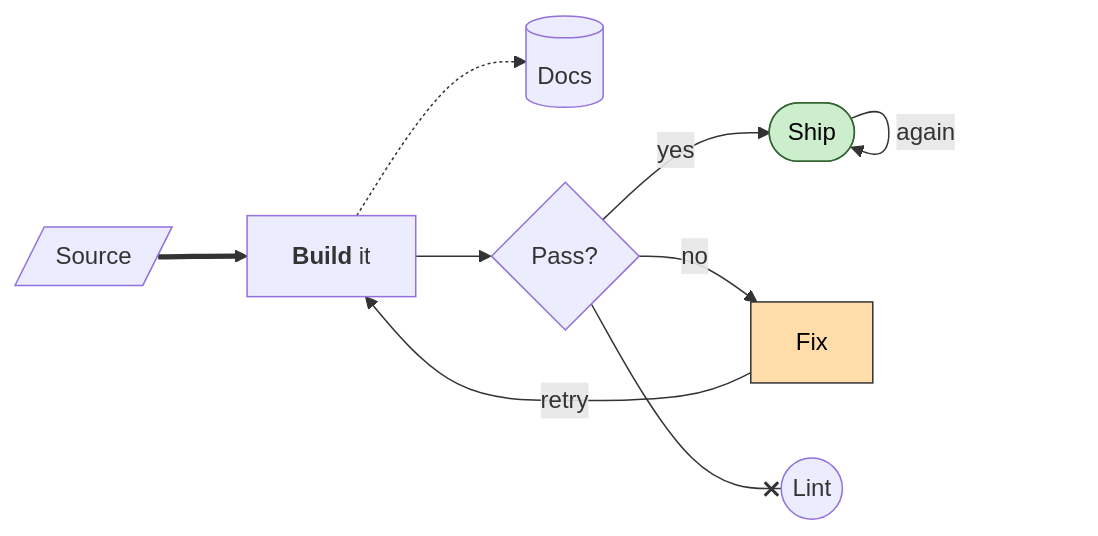
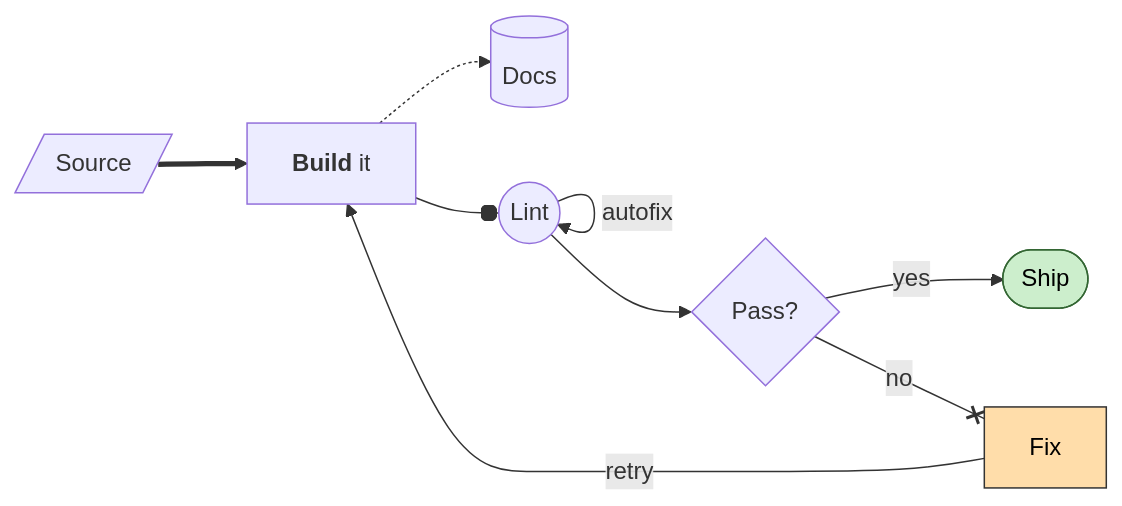
Before and after one commit to GeertBosch/mdcat: the diagram in README.md, drawn with Mermaid.

Commit message:
README: make the Mermaid demo's flow sensible (Lint on the path, no 3-way decision)

````diff
--- a/README.md
+++ b/README.md
@@ -208,14 +208,14 @@
 ```mermaid
 graph LR
     src[/Source/] ==> build["`**Build** it`"]
     build -.-> docs[(Docs)]
-    build --> test{Pass?}
+    build --o lint((Lint))
+    lint -->|autofix| lint
+    lint --> test{Pass?}
     test -->|yes| ship([Ship])
-    test -->|no| fix[Fix]
+    test --x|no| fix[Fix]
     fix -->|retry| build
-    ship -->|again| ship
-    test --x lint((Lint))
     classDef warm fill:#fda,stroke:#333,color:#000
     class fix warm
     style ship fill:#cec,stroke:#363,color:#000
 ```
````
